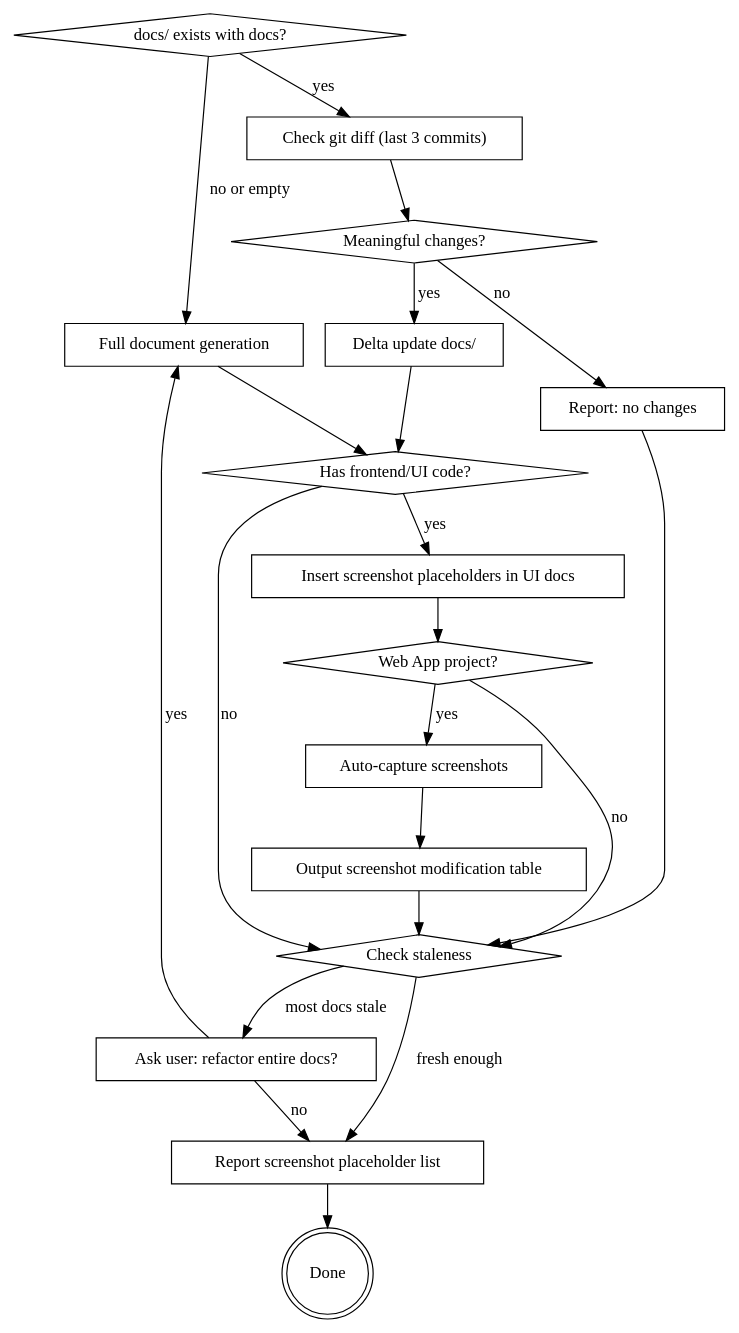
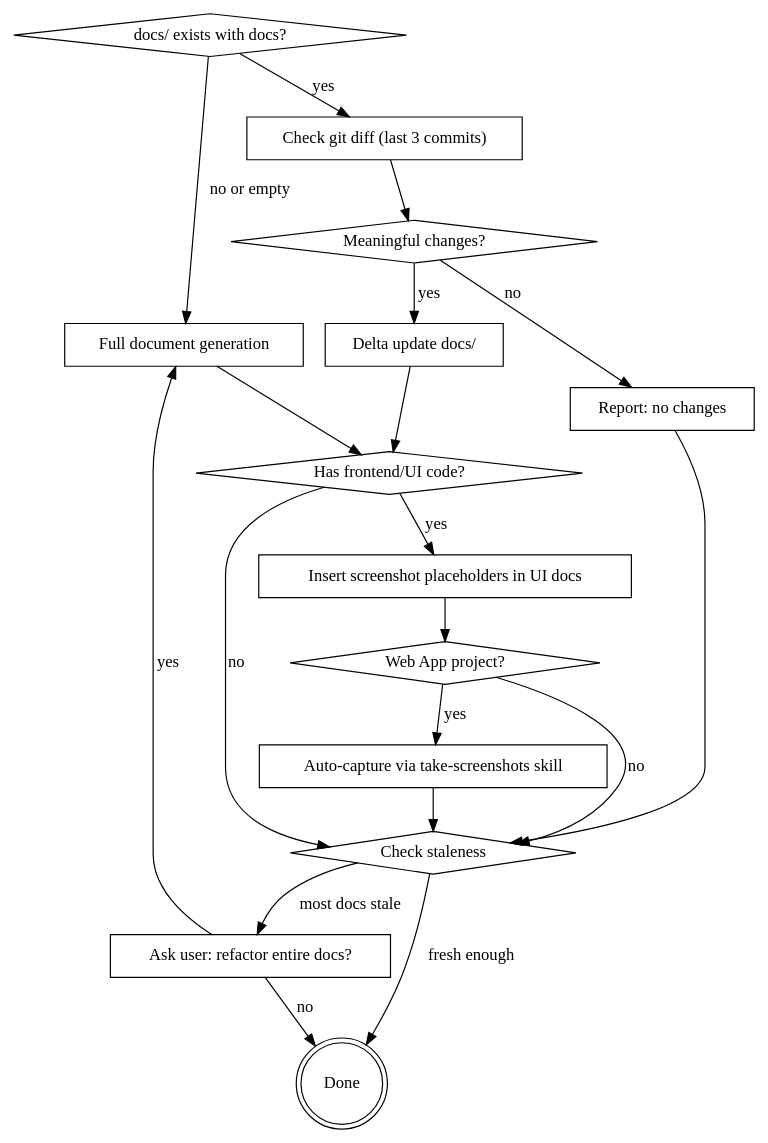
The diagram in skills/writing-docs/SKILL.md (zhang-songhan/yanzhi-docs-generator), drawn with Graphviz before and after one commit. The commit also changed other lines of this file and 3 other files, not shown here.

First line of the commit message:
refactor: replace inline MCP screenshot auto-capture with take-screenshots skill reference

````diff
--- a/skills/writing-docs/SKILL.md
+++ b/skills/writing-docs/SKILL.md
@@ -12,40 +12,36 @@
 ```dot
 digraph document_flow {
     "docs/ exists with docs?" [shape=diamond];
     "Full document generation" [shape=box];
     "Check git diff (last 3 commits)" [shape=box];
     "Meaningful changes?" [shape=diamond];
     "Delta update docs/" [shape=box];
     "Report: no changes" [shape=box];
     "Has frontend/UI code?" [shape=diamond];
     "Insert screenshot placeholders in UI docs" [shape=box];
     "Web App project?" [shape=diamond];
-    "Auto-capture screenshots" [shape=box];
+    "Auto-capture via take-screenshots skill" [shape=box];
     "Check staleness" [shape=diamond];
     "Ask user: refactor entire docs?" [shape=box];
-    "Output screenshot modification table" [shape=box];
-    "Report screenshot placeholder list" [shape=box];
     "Done" [shape=doublecircle];
 
     "docs/ exists with docs?" -> "Full document generation" [label="no or empty"];
     "docs/ exists with docs?" -> "Check git diff (last 3 commits)" [label="yes"];
     "Full document generation" -> "Has frontend/UI code?";
     "Check git diff (last 3 commits)" -> "Meaningful changes?";
     "Meaningful changes?" -> "Delta update docs/" [label="yes"];
     "Meaningful changes?" -> "Report: no changes" [label="no"];
     "Delta update docs/" -> "Has frontend/UI code?";
     "Has frontend/UI code?" -> "Insert screenshot placeholders in UI docs" [label="yes"];
     "Has frontend/UI code?" -> "Check staleness" [label="no"];
     "Insert screenshot placeholders in UI docs" -> "Web App project?";
-    "Web App project?" -> "Auto-capture screenshots" [label="yes"];
+    "Web App project?" -> "Auto-capture via take-screenshots skill" [label="yes"];
     "Web App project?" -> "Check staleness" [label="no"];
-    "Auto-capture screenshots" -> "Output screenshot modification table";
-    "Output screenshot modification table" -> "Check staleness";
+    "Auto-capture via take-screenshots skill" -> "Check staleness";
     "Report: no changes" -> "Check staleness";
     "Check staleness" -> "Ask user: refactor entire docs?" [label="most docs stale"];
-    "Check staleness" -> "Report screenshot placeholder list" [label="fresh enough"];
+    "Check staleness" -> "Done" [label="fresh enough"];
     "Ask user: refactor entire docs?" -> "Full document generation" [label="yes"];
-    "Ask user: refactor entire docs?" -> "Report screenshot placeholder list" [label="no"];
-    "Report screenshot placeholder list" -> "Done";
+    "Ask user: refactor entire docs?" -> "Done" [label="no"];
 }
 ```
````
